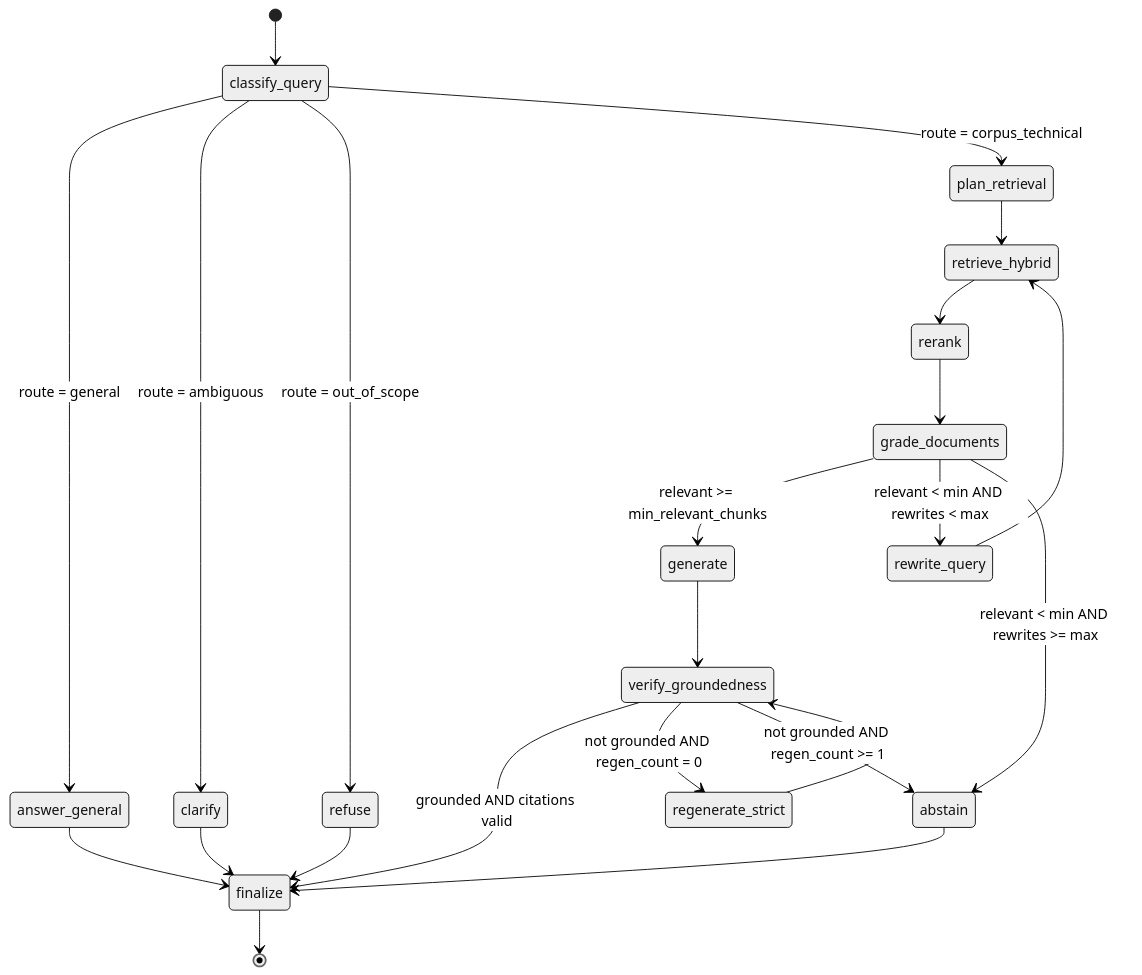
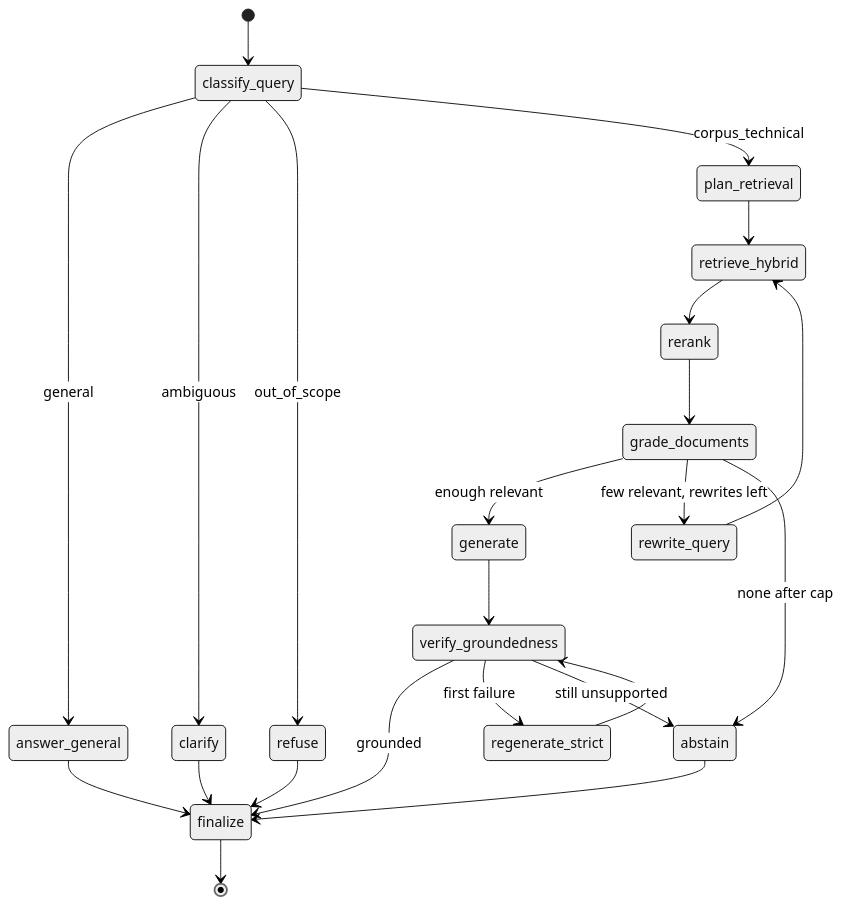
Before and after one commit to abhikdebnath24/document-intelligence: the third of 3 diagrams in docs/IMPLEMENTATION_PLAN.md, drawn with Mermaid (neutral theme). The commit also changed other lines of this file and 3 other files, not shown here.

First line of the commit message:
docs: rewrite the plan as a design doc and drop STATE.md

````diff
--- a/docs/IMPLEMENTATION_PLAN.md
+++ b/docs/IMPLEMENTATION_PLAN.md
@@ -707,28 +168,25 @@
 ```mermaid
 stateDiagram-v2
   [*] --> classify_query
-  classify_query --> answer_general: route = general
-  classify_query --> clarify: route = ambiguous
-  classify_query --> refuse: route = out_of_scope
-  classify_query --> plan_retrieval: route = corpus_technical
-
+  classify_query --> answer_general: general
+  classify_query --> clarify: ambiguous
+  classify_query --> refuse: out_of_scope
+  classify_query --> plan_retrieval: corpus_technical
   plan_retrieval --> retrieve_hybrid
   retrieve_hybrid --> rerank
   rerank --> grade_documents
-  grade_documents --> generate: relevant >= min_relevant_chunks
-  grade_documents --> rewrite_query: relevant < min AND rewrites < max
-  grade_documents --> abstain: relevant < min AND rewrites >= max
+  grade_documents --> generate: enough relevant
+  grade_documents --> rewrite_query: few relevant, rewrites left
+  grade_documents --> abstain: none after cap
   rewrite_query --> retrieve_hybrid
-
   generate --> verify_groundedness
-  verify_groundedness --> finalize: grounded AND citations valid
-  verify_groundedness --> regenerate_strict: not grounded AND regen_count = 0
-  verify_groundedness --> abstain: not grounded AND regen_count >= 1
+  verify_groundedness --> finalize: grounded
+  verify_groundedness --> regenerate_strict: first failure
+  verify_groundedness --> abstain: still unsupported
   regenerate_strict --> verify_groundedness
-
   answer_general --> finalize
   clarify --> finalize
   refuse --> finalize
   abstain --> finalize
   finalize --> [*]
 ```
````
